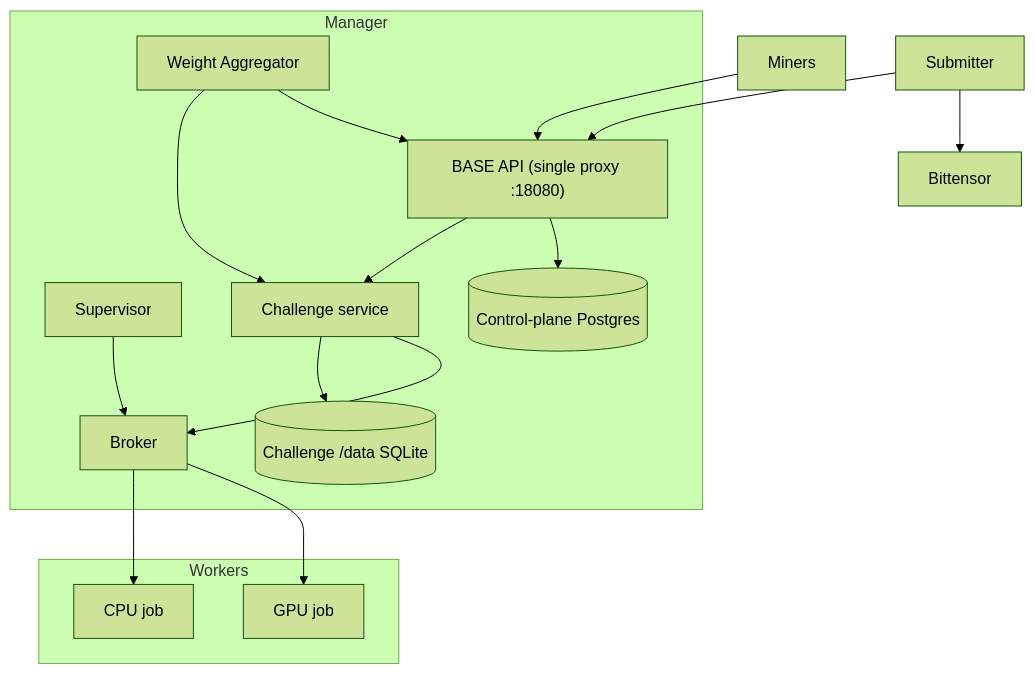
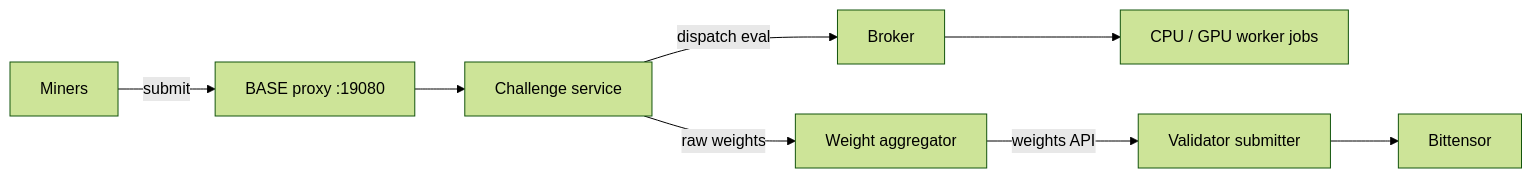
Before and after one commit to BaseIntelligence/base: the diagram in docs/architecture.md, drawn with Mermaid (forest theme). The commit also changed other lines of this file and 13 other files, not shown here.

First line of the commit message:
docs(base): slim README and tighten docs with mermaid; move deploy quickstart to docs/deploy.md

````diff
--- a/docs/architecture.md
+++ b/docs/architecture.md
@@ -7,28 +9,10 @@
 ```mermaid
-flowchart TB
-    subgraph MGR[Manager]
-      P["BASE API (single proxy :18080)"]
-      B[Broker]
-      S[Supervisor]
-      G[Weight Aggregator]
-      C1[Challenge service]
-      DB[(Control-plane Postgres)]
-      DATA[(Challenge /data SQLite)]
-    end
-    subgraph WRK[Workers]
-      J1[CPU job]
-      J2[GPU job]
-    end
-    U[Miners] --> P
-    P --> C1
-    C1 --> DATA
-    C1 --> B
-    B --> J1
-    B --> J2
-    S --> B
-    P --> DB
-    G --> C1
-    G --> P
-    SUB[Submitter] --> P
+flowchart LR
+    M[Miners] -->|submit| P["BASE proxy :19080"]
+    P --> C[Challenge service]
+    C -->|dispatch eval| B[Broker]
+    B --> W[CPU / GPU worker jobs]
+    C -->|raw weights| G[Weight aggregator]
+    G -->|weights API| SUB[Validator submitter]
     SUB --> BT[Bittensor]
 ```
````
